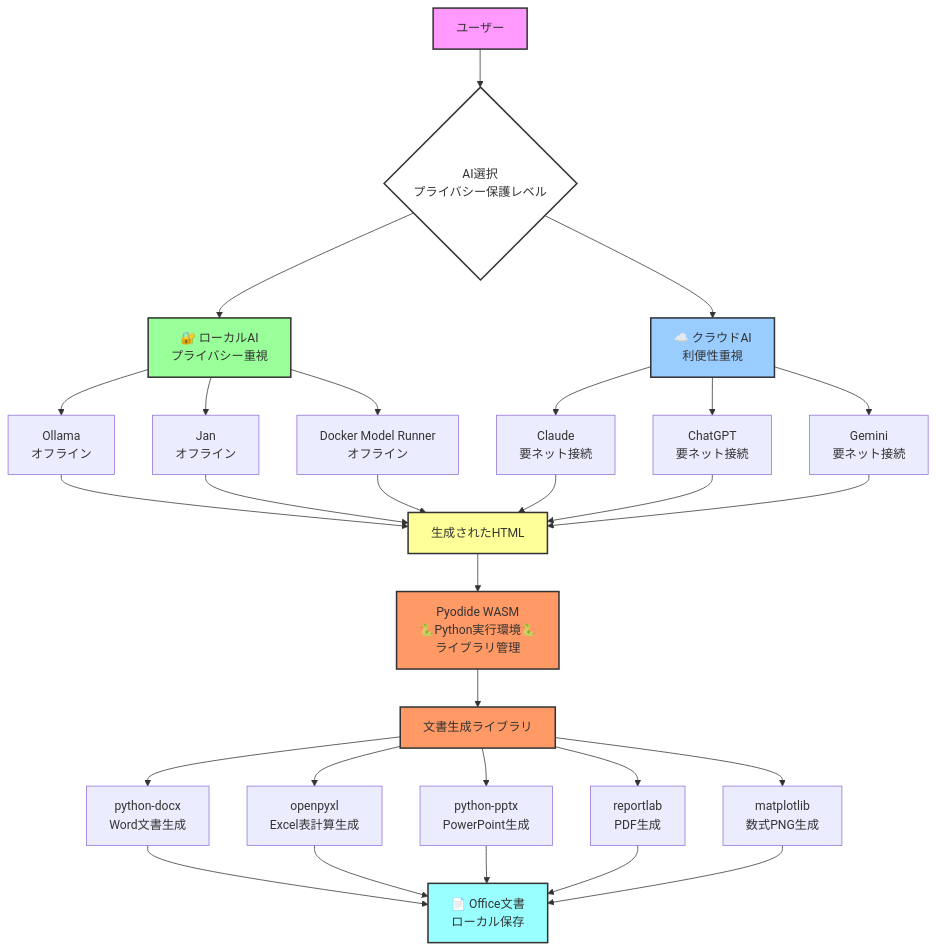
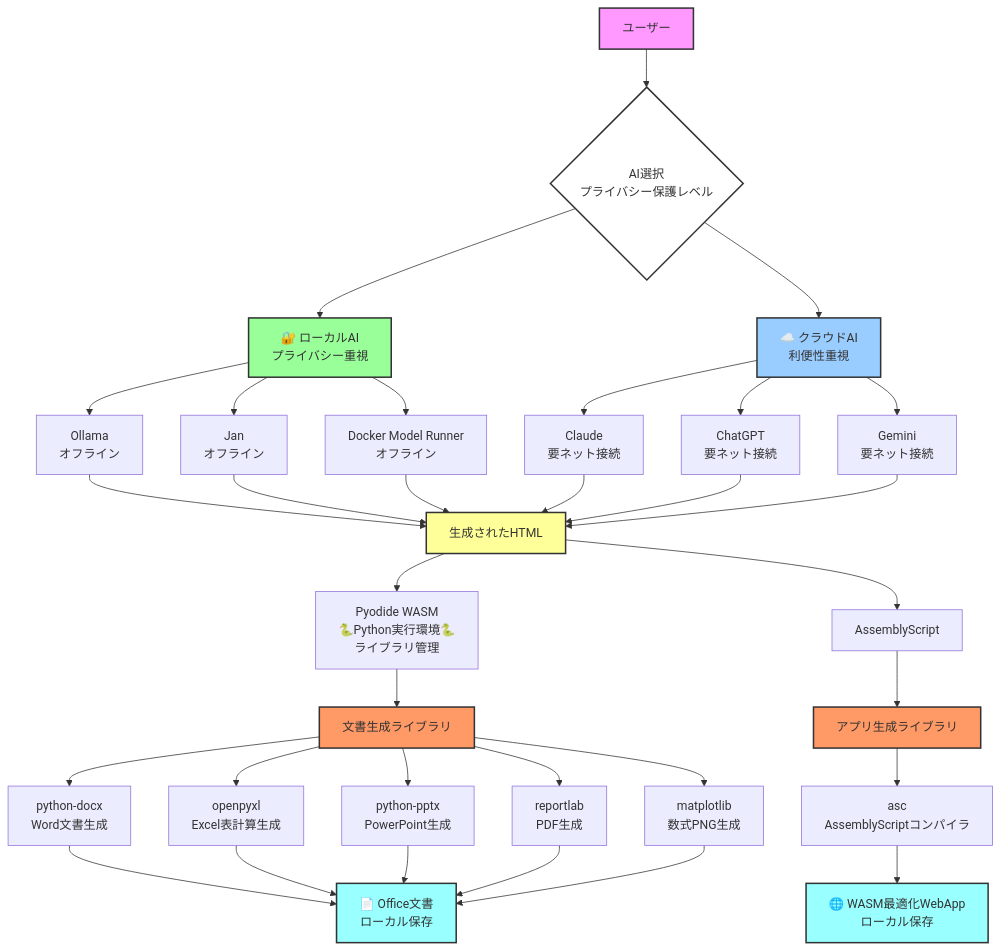
Before and after one commit to HarmoniaEpic/text-to-officefile-or-wasmapp-recipes: the fourth of 4 diagrams in README.md, drawn with Mermaid.

````diff
--- a/README.md
+++ b/README.md
@@ -444,46 +444,54 @@
 ```mermaid
 flowchart TD
     A[ユーザー] --> B{AI選択<br/>プライバシー保護レベル}
     
     B --> C[🔐 ローカルAI<br/>プライバシー重視]
     B --> D[☁️ クラウドAI<br/>利便性重視]
     
     C --> C1[Ollama<br/>オフライン]
     C --> C2[Jan<br/>オフライン]
     C --> C3[Docker Model Runner<br/>オフライン]
     
     D --> D1[Claude<br/>要ネット接続]
     D --> D2[ChatGPT<br/>要ネット接続]
     D --> D3[Gemini<br/>要ネット接続]
     
     C1 --> E[生成されたHTML]
     C2 --> E
     C3 --> E
     D1 --> E
     D2 --> E
     D3 --> E
     
-    E --> F[Pyodide WASM<br/>🐍Python実行環境🐍<br/>ライブラリ管理]
-    F --> G[文書生成ライブラリ]
+    E --> E1[Pyodide WASM<br/>🐍Python実行環境🐍<br/>ライブラリ管理]
+    E --> E2[AssemblyScript<br/>]
+
+    E1 --> F[文書生成ライブラリ]
+    E2 --> G[アプリ生成ライブラリ]
     
-    G --> G1[python-docx<br/>Word文書生成]
-    G --> G2[openpyxl<br/>Excel表計算生成]
-    G --> G3[python-pptx<br/>PowerPoint生成]
-    G --> G4[reportlab<br/>PDF生成]
-    G --> G5[matplotlib<br/>数式PNG生成]
-    
-    G1 --> H[📄 Office文書<br/>ローカル保存]
-    G2 --> H
-    G3 --> H
-    G4 --> H
-    G5 --> H
-    
+    F --> F1[python-docx<br/>Word文書生成]
+    F --> F2[openpyxl<br/>Excel表計算生成]
+    F --> F3[python-pptx<br/>PowerPoint生成]
+    F --> F4[reportlab<br/>PDF生成]
+    F --> F5[matplotlib<br/>数式PNG生成]
+
+    G --> G1[asc<br/>AssemblyScriptコンパイラ]
+
+    F1 --> H[📄 Office文書<br/>ローカル保存]
+    F2 --> H
+    F3 --> H
+    F4 --> H
+    F5 --> H
+
+    G1 --> I[🌐 WASM最適化WebApp<br/>ローカル保存]
+
     style A fill:#f9f,stroke:#333,stroke-width:2px
     style B fill:#fff,stroke:#333,stroke-width:2px
     style C fill:#9f9,stroke:#333,stroke-width:2px
     style D fill:#9cf,stroke:#333,stroke-width:2px
     style E fill:#ff9,stroke:#333,stroke-width:2px
     style F fill:#f96,stroke:#333,stroke-width:2px
     style G fill:#f96,stroke:#333,stroke-width:2px
     style H fill:#9ff,stroke:#333,stroke-width:2px
+    style I fill:#9ff,stroke:#333,stroke-width:2px
 ```
````
